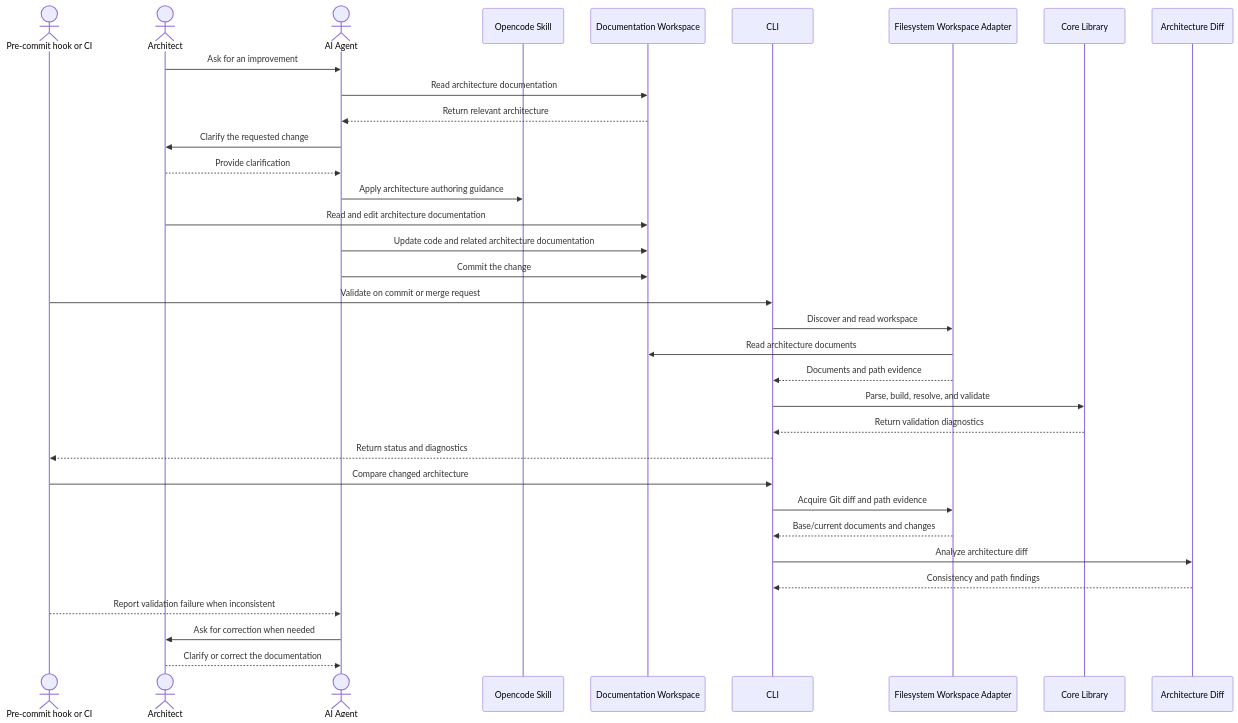
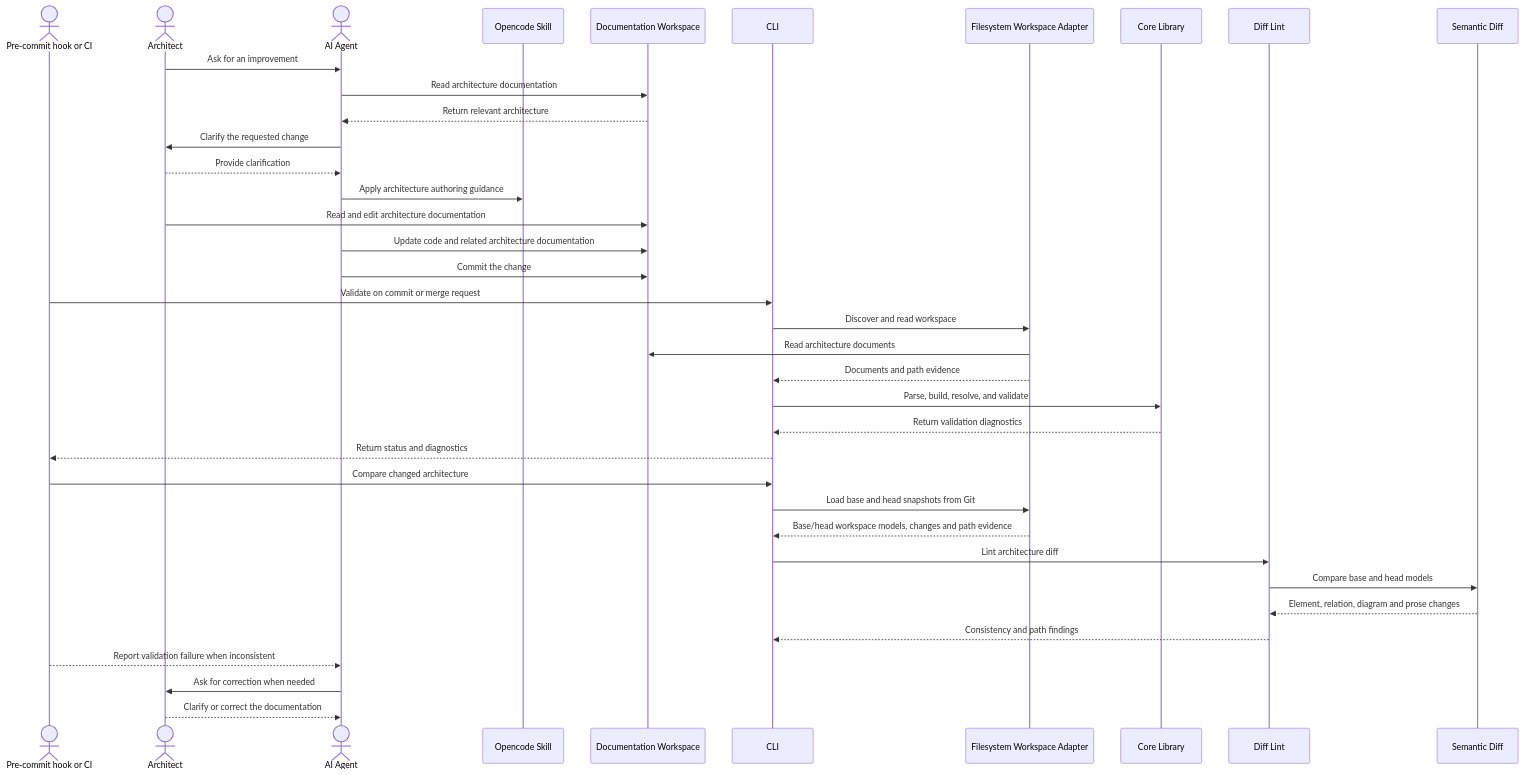
The first of 5 diagrams in docs/arc42/06-runtime-view.arc42.md (docToolchain/arc42-language), drawn with Mermaid before and after one commit. The commit also changed other lines of this file and 3 other files, not shown here.

First line of the commit message:
docs(arc42): model Diff Lint and Semantic Diff building blocks

````diff
--- a/docs/arc42/06-runtime-view.arc42.md
+++ b/docs/arc42/06-runtime-view.arc42.md
@@ -27,37 +29,40 @@
 ```mermaid
 sequenceDiagram
     actor actor_ci as Pre-commit hook or CI
     actor actor_architect as Architect
     actor actor_agent as AI Agent
     participant bb_skill as Opencode Skill
     participant bb_workspace as Documentation Workspace
     participant bb_cli as CLI
     participant bb_workspace_fs as Filesystem Workspace Adapter
     participant bb_core as Core Library
-    participant bb_diff as Architecture Diff
+    participant bb_diff as Diff Lint
+    participant bb_semantic_diff as Semantic Diff
 
     actor_architect->>actor_agent: Ask for an improvement
     actor_agent->>bb_workspace: Read architecture documentation
     bb_workspace-->>actor_agent: Return relevant architecture
     actor_agent->>actor_architect: Clarify the requested change
     actor_architect-->>actor_agent: Provide clarification
     actor_agent->>bb_skill: Apply architecture authoring guidance
     actor_architect->>bb_workspace: Read and edit architecture documentation
     actor_agent->>bb_workspace: Update code and related architecture documentation
     actor_agent->>bb_workspace: Commit the change
     actor_ci->>bb_cli: Validate on commit or merge request
     bb_cli->>bb_workspace_fs: Discover and read workspace
     bb_workspace_fs->>bb_workspace: Read architecture documents
     bb_workspace_fs-->>bb_cli: Documents and path evidence
     bb_cli->>bb_core: Parse, build, resolve, and validate
     bb_core-->>bb_cli: Return validation diagnostics
     bb_cli-->>actor_ci: Return status and diagnostics
     actor_ci->>bb_cli: Compare changed architecture
-    bb_cli->>bb_workspace_fs: Acquire Git diff and path evidence
-    bb_workspace_fs-->>bb_cli: Base/current documents and changes
-    bb_cli->>bb_diff: Analyze architecture diff
+    bb_cli->>bb_workspace_fs: Load base and head snapshots from Git
+    bb_workspace_fs-->>bb_cli: Base/head workspace models, changes and path evidence
+    bb_cli->>bb_diff: Lint architecture diff
+    bb_diff->>bb_semantic_diff: Compare base and head models
+    bb_semantic_diff-->>bb_diff: Element, relation, diagram and prose changes
     bb_diff-->>bb_cli: Consistency and path findings
     actor_ci-->>actor_agent: Report validation failure when inconsistent
     actor_agent->>actor_architect: Ask for correction when needed
     actor_architect-->>actor_agent: Clarify or correct the documentation
 ```
````
